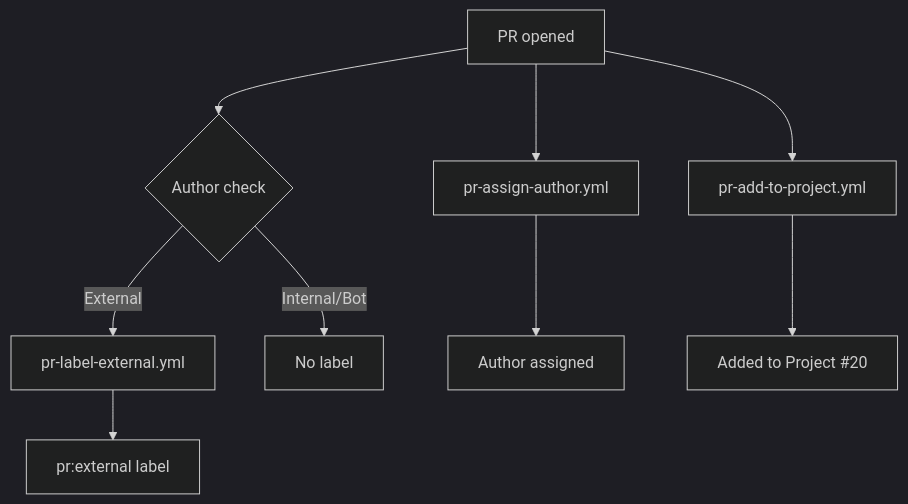
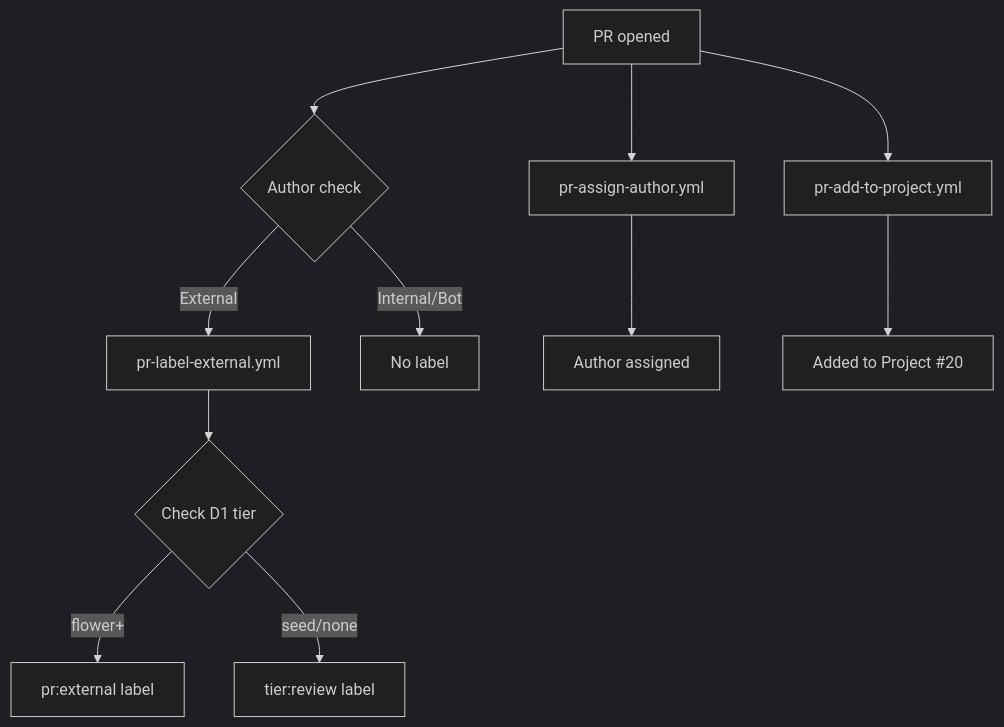
Before and after one commit to pollinations/pollinations: the fourth of 9 diagrams in .github/workflows/README.md, drawn with Mermaid. The commit also changed other lines of this file and 2 other files, not shown here.

First line of the commit message:
fix: consolidate PR labeling with D1 tier check

````diff
--- a/.github/workflows/README.md
+++ b/.github/workflows/README.md
@@ -184,14 +183,16 @@
 ```mermaid
 %%{init: {'theme': 'dark'}}%%
 flowchart TD
     A[PR opened] --> B{Author check}
     B -->|External| C[pr-label-external.yml]
-    C --> D[pr:external label]
-    B -->|Internal/Bot| E[No label]
+    C --> D{Check D1 tier}
+    D -->|flower+| E[pr:external label]
+    D -->|seed/none| F[tier:review label]
+    B -->|Internal/Bot| G[No label]
 
-    A --> F[pr-assign-author.yml]
-    F --> G[Author assigned]
+    A --> H[pr-assign-author.yml]
+    H --> I[Author assigned]
 
-    A --> H[pr-add-to-project.yml]
-    H --> I[Added to Project #20]
+    A --> J[pr-add-to-project.yml]
+    J --> K[Added to Project #20]
 ```
````
